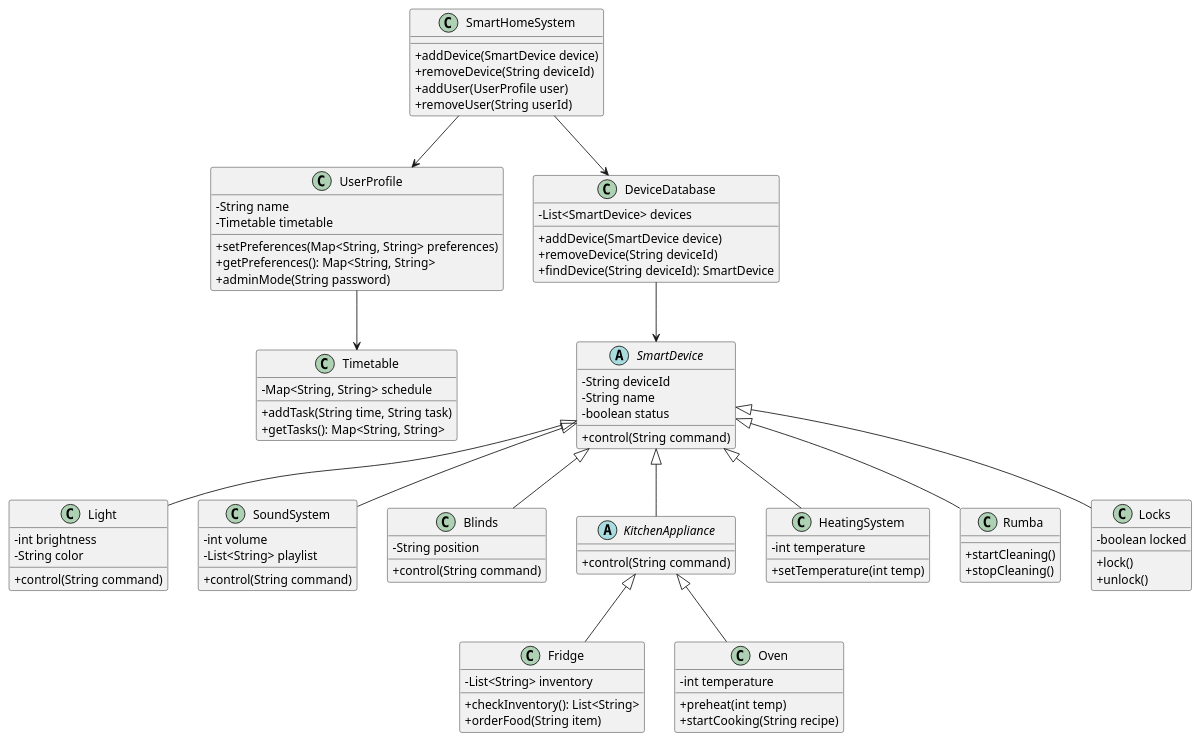
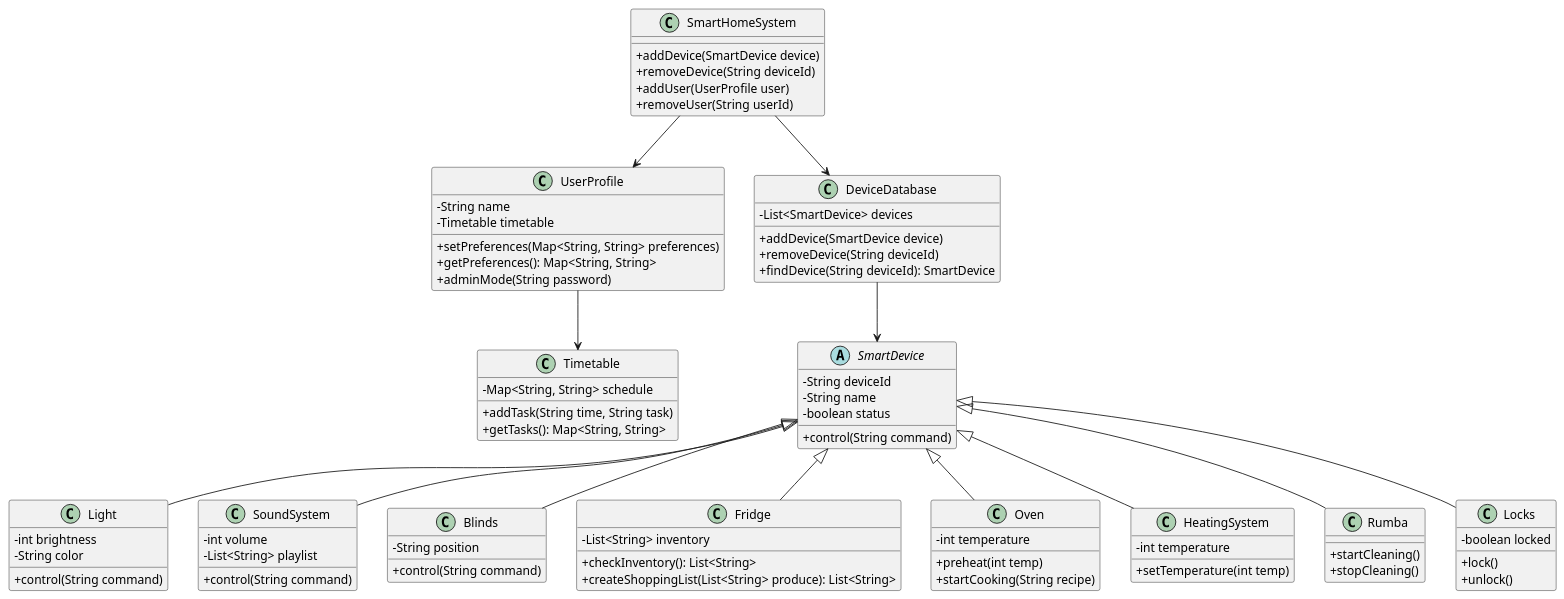
Before and after one commit to anuszek/Project_OOP_SmartHome: the diagram in Docs/classDiagram.puml, drawn with PlantUML. The commit also changed 10 other files, not shown here.

```diff
--- a/Docs/classDiagram.puml
+++ b/Docs/classDiagram.puml
@@ -1,104 +1,101 @@
 @startuml
 skinparam classAttributeIconSize 0
 
 class SmartHomeSystem {
     +addDevice(SmartDevice device)
     +removeDevice(String deviceId)
     +addUser(UserProfile user)
     +removeUser(String userId)
 }
 
 class UserProfile {
     -String name
     -Timetable timetable
     +setPreferences(Map<String, String> preferences)
     +getPreferences(): Map<String, String>
     +adminMode(String password)
 }
 
 class Timetable {
     -Map<String, String> schedule
     +addTask(String time, String task)
     +getTasks(): Map<String, String>
 }
 
 abstract class SmartDevice {
     -String deviceId
     -String name
     -boolean status
     +control(String command)
 }
 
 class DeviceDatabase {
     -List<SmartDevice> devices
     +addDevice(SmartDevice device)
     +removeDevice(String deviceId)
     +findDevice(String deviceId): SmartDevice
 }
 
 class Light {
     -int brightness
     -String color
     +control(String command)
 }
 
 class SoundSystem {
     -int volume
     -List<String> playlist
     +control(String command)
 }
 
 class Blinds {
     -String position
     +control(String command)
 }
 
-abstract class KitchenAppliance {
-    +control(String command)
-}
 
 class Fridge {
     -List<String> inventory
     +checkInventory(): List<String>
-    +orderFood(String item)
+    +createShoppingList(List<String> produce): List<String>
 }
 
 class Oven {
     -int temperature
     +preheat(int temp)
     +startCooking(String recipe)
 }
 
 class HeatingSystem {
     -int temperature
     +setTemperature(int temp)
 }
 
 class Rumba {
     +startCleaning()
     +stopCleaning()
 }
 
 class Locks {
     -boolean locked
     +lock()
     +unlock()
 }
 
 SmartHomeSystem --> DeviceDatabase
 SmartHomeSystem --> UserProfile
 UserProfile --> Timetable
 
 SmartDevice <|-- Light
 SmartDevice <|-- SoundSystem
 SmartDevice <|-- Blinds
 SmartDevice <|-- HeatingSystem
 SmartDevice <|-- Rumba
 SmartDevice <|-- Locks
-SmartDevice <|-- KitchenAppliance
 
-KitchenAppliance <|-- Fridge
-KitchenAppliance <|-- Oven
+
+SmartDevice <|-- Fridge
+SmartDevice <|-- Oven
 
 DeviceDatabase --> SmartDevice
 @enduml
```
